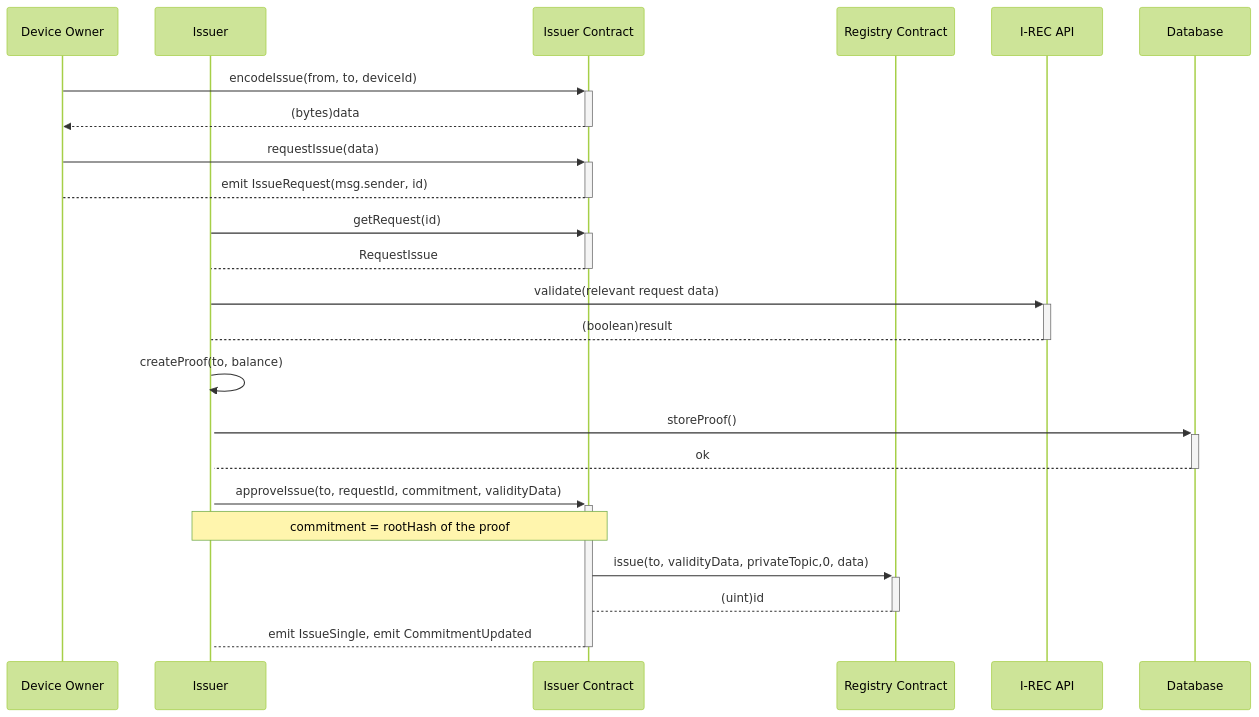
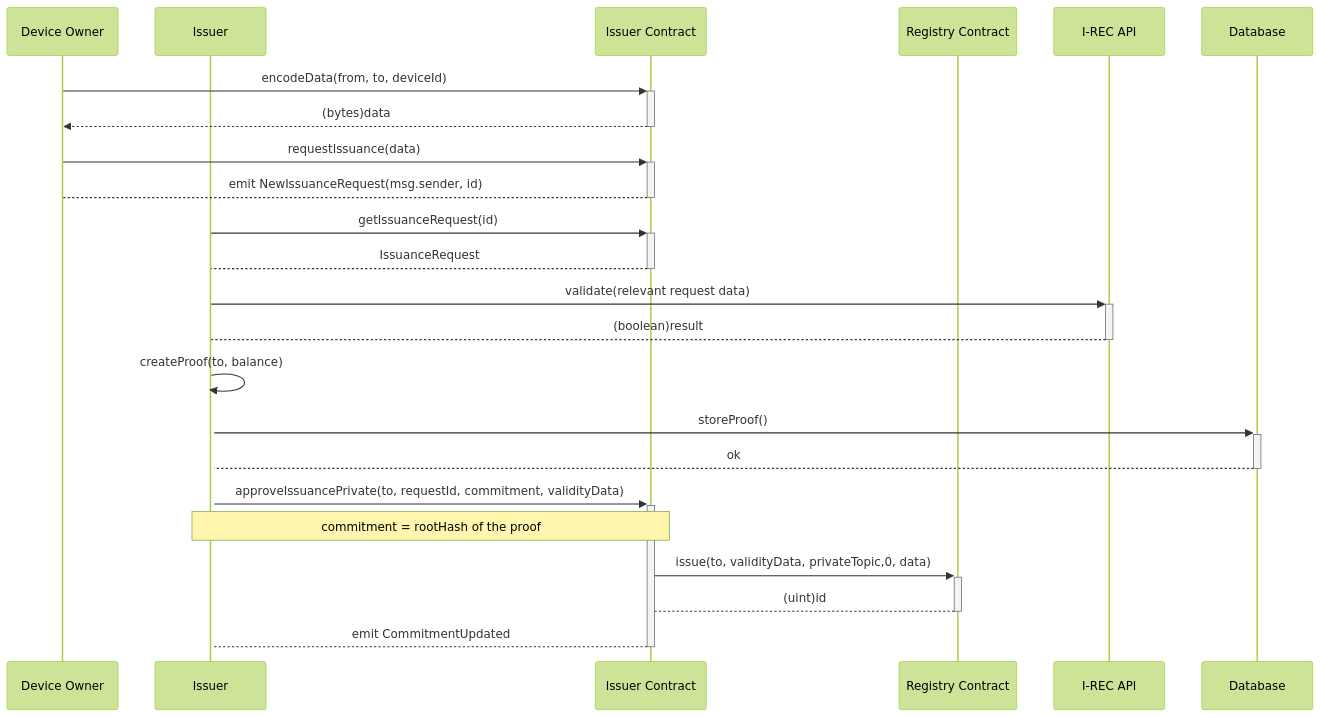
Before and after one commit to energywebfoundation/origin: the second of 7 diagrams in packages/issuer/README mermaid.md, drawn with Mermaid (forest theme). The commit also changed other lines of this file, not shown here.

````diff
--- a/packages/issuer/README mermaid.md
+++ b/packages/issuer/README mermaid.md
@@ -46,29 +33,29 @@
 ```mermaid
 sequenceDiagram
   participant U as Device Owner
   participant IS as Issuer
   participant I as Issuer Contract
   participant R as Registry Contract
   participant A as I-REC API
   participant DB as Database
 
-  U->>+I: encodeIssue(from, to, deviceId)
+  U->>+I: encodeData(from, to, deviceId)
   I-->>-U: (bytes)data
 
-  U->>+I: requestIssue(data)
-  I-->-U: emit IssueRequest(msg.sender, id)
+  U->>+I: requestIssuance(data)
+  I-->-U: emit NewIssuanceRequest(msg.sender, id)
 
-  IS->>+I: getRequest(id)
-  I-->-IS: RequestIssue
+  IS->>+I: getIssuanceRequest(id)
+  I-->-IS: IssuanceRequest
 
   IS->>+A: validate(relevant request data)
   A-->-IS: (boolean)result
   IS->>+IS: createProof(to, balance)
   IS->>+DB: storeProof()
   DB-->-IS: ok
-  IS->>+I: approveIssue(to, requestId, commitment, validityData)
+  IS->>+I: approveIssuancePrivate(to, requestId, commitment, validityData)
   Note over IS,I: commitment = rootHash of the proof
   I->>+R: issue(to, validityData, privateTopic,0, data)
   R-->-I: (uint)id
-  I-->-IS: emit IssueSingle, emit CommitmentUpdated
+  I-->-IS: emit CommitmentUpdated
 ```
````
